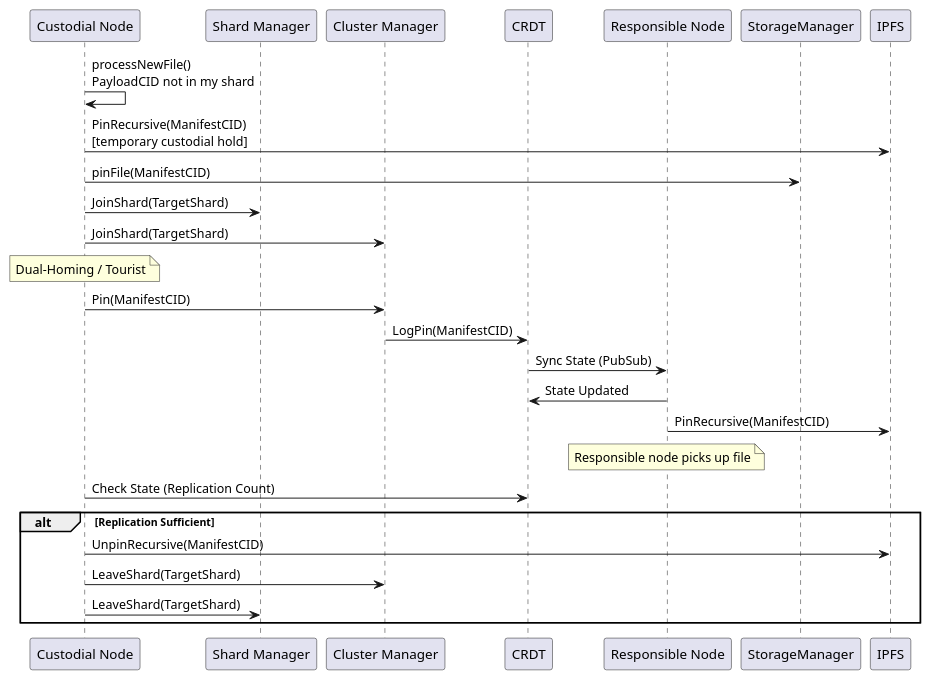
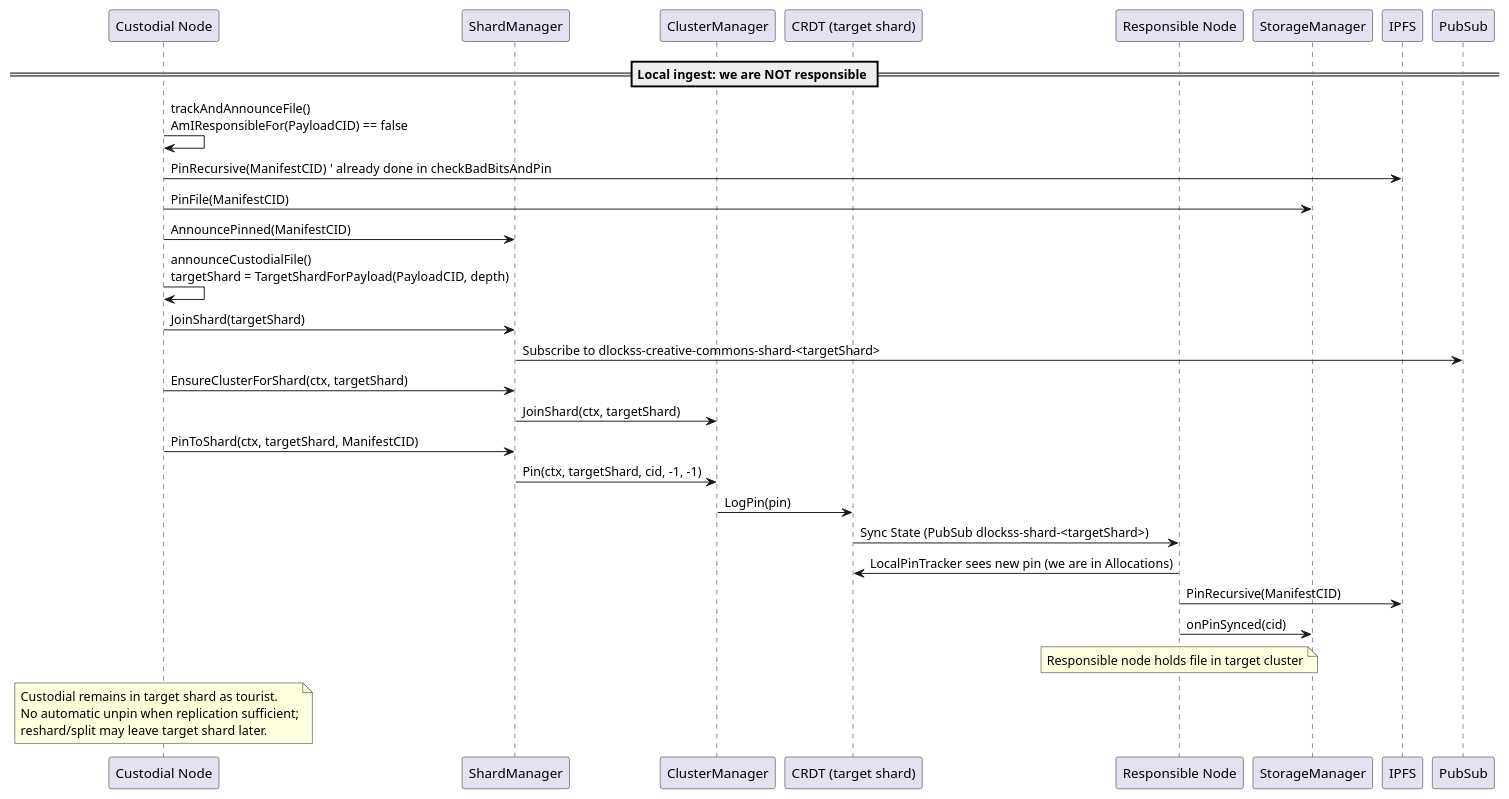
Before and after one commit to gipplab/D-LOCKSS: the diagram in docs/custodial_handoff_sequence.puml, drawn with PlantUML. The commit also changed 22 other files, not shown here.

```diff
--- a/docs/custodial_handoff_sequence.puml
+++ b/docs/custodial_handoff_sequence.puml
@@ -1,34 +1,36 @@
 @startuml Custodial Handoff Sequence (Tourist Pattern)
 
 participant "Custodial Node" as Custodial
-participant "Shard Manager" as ShardMgr
-participant "Cluster Manager" as ClusterMgr
-participant "CRDT" as CRDT
+participant "ShardManager" as ShardMgr
+participant "ClusterManager" as ClusterMgr
+participant "CRDT (target shard)" as CRDT
 participant "Responsible Node" as Responsible
 participant "StorageManager" as Storage
 participant "IPFS" as IPFS
+participant "PubSub" as PubSub
 
-Custodial -> Custodial: processNewFile()\nPayloadCID not in my shard
-Custodial -> IPFS: PinRecursive(ManifestCID)\n[temporary custodial hold]
-Custodial -> Storage: pinFile(ManifestCID)
+== Local ingest: we are NOT responsible ==
 
-Custodial -> ShardMgr: JoinShard(TargetShard)
-Custodial -> ClusterMgr: JoinShard(TargetShard)
-Note over Custodial: Dual-Homing / Tourist
+Custodial -> Custodial: trackAndAnnounceFile()\nAmIResponsibleFor(PayloadCID) == false
+Custodial -> IPFS: PinRecursive(ManifestCID)  ' already done in checkBadBitsAndPin
+Custodial -> Storage: PinFile(ManifestCID)
+Custodial -> ShardMgr: AnnouncePinned(ManifestCID)
 
-Custodial -> ClusterMgr: Pin(ManifestCID)
-ClusterMgr -> CRDT: LogPin(ManifestCID)
-CRDT -> Responsible: Sync State (PubSub)
+Custodial -> Custodial: announceCustodialFile()\ntargetShard = TargetShardForPayload(PayloadCID, depth)
+Custodial -> ShardMgr: JoinShard(targetShard)
+ShardMgr -> PubSub: Subscribe to dlockss-creative-commons-shard-<targetShard>
+Custodial -> ShardMgr: EnsureClusterForShard(ctx, targetShard)
+ShardMgr -> ClusterMgr: JoinShard(ctx, targetShard)
+Custodial -> ShardMgr: PinToShard(ctx, targetShard, ManifestCID)
+ShardMgr -> ClusterMgr: Pin(ctx, targetShard, cid, -1, -1)
+ClusterMgr -> CRDT: LogPin(pin)
+CRDT -> Responsible: Sync State (PubSub dlockss-shard-<targetShard>)
 
-Responsible -> CRDT: State Updated
+Responsible -> CRDT: LocalPinTracker sees new pin (we are in Allocations)
 Responsible -> IPFS: PinRecursive(ManifestCID)
-Note over Responsible: Responsible node picks up file
+Responsible -> Storage: onPinSynced(cid)
+Note over Responsible: Responsible node holds file in target cluster
 
-Custodial -> CRDT: Check State (Replication Count)
-alt Replication Sufficient
-    Custodial -> IPFS: UnpinRecursive(ManifestCID)
-    Custodial -> ClusterMgr: LeaveShard(TargetShard)
-    Custodial -> ShardMgr: LeaveShard(TargetShard)
-end
+Note over Custodial: Custodial remains in target shard as tourist.\nNo automatic unpin when replication sufficient;\nreshard/split may leave target shard later.
 
 @enduml
```
